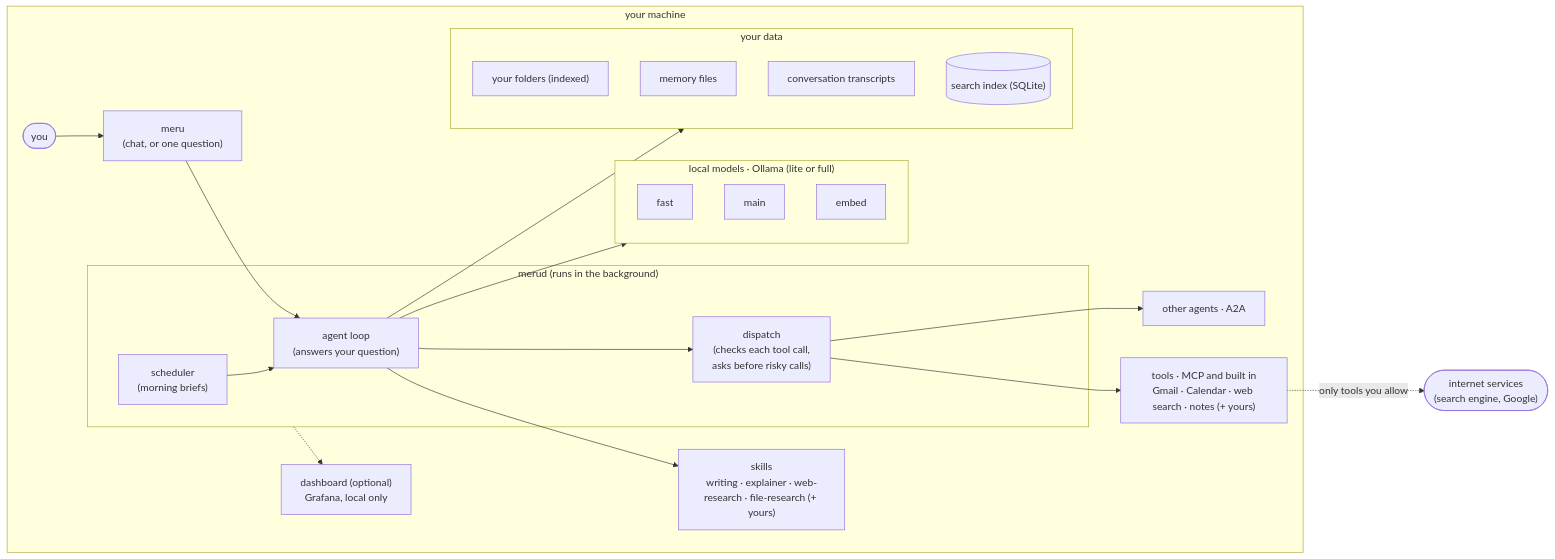
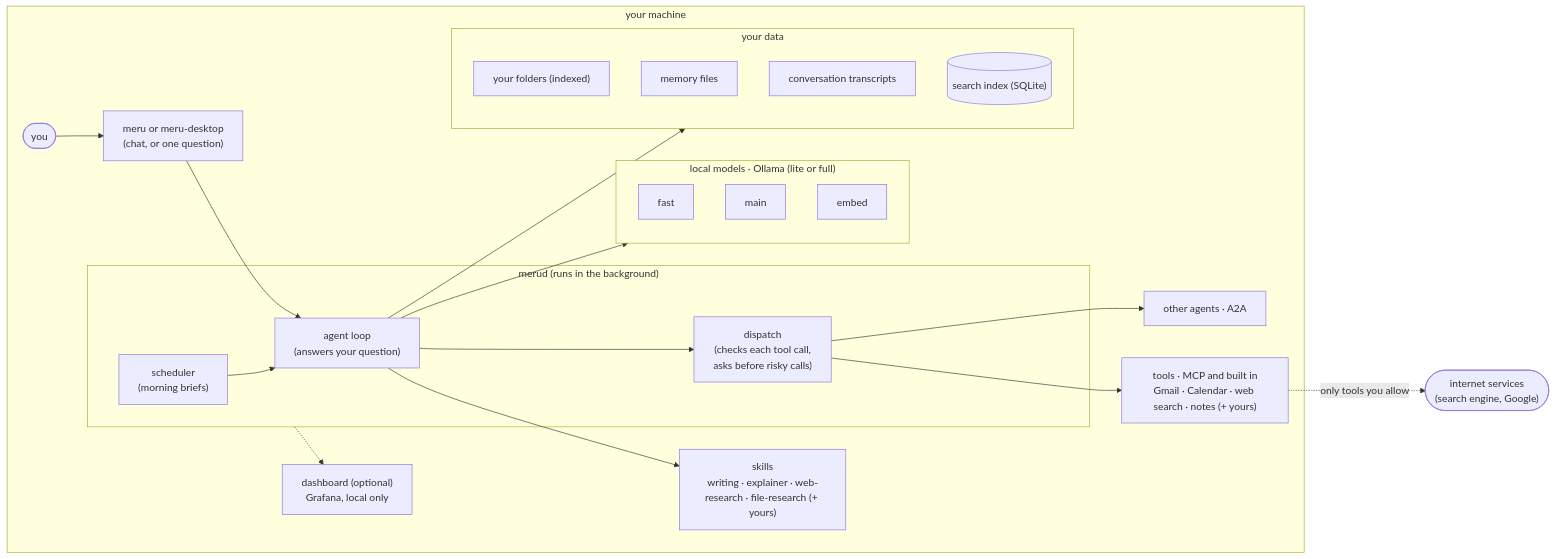
One commit to aarora79/meru changed the first of 2 diagrams in docs/architecture/100.md. Above: the diagram before and after it, drawn with Mermaid. The commit also changed other lines of this file and 6 other files, not shown here.

First line of the commit message:
Design the desktop app in the architecture docs

````diff
--- a/docs/architecture/100.md
+++ b/docs/architecture/100.md
@@ -17,34 +17,34 @@
 ```mermaid
 flowchart LR
     subgraph machine["your machine"]
-        YOU(["you"]) --> MERU["meru<br/>(chat, or one question)"]
+        YOU(["you"]) --> MERU["meru or meru-desktop<br/>(chat, or one question)"]
         subgraph merud["merud (runs in the background)"]
             SCHED["scheduler<br/>(morning briefs)"] --> LOOP["agent loop<br/>(answers your question)"]
             LOOP --> DISP["dispatch<br/>(checks each tool call,<br/>asks before risky calls)"]
         end
         MERU --> LOOP
         subgraph models["local models · Ollama (lite or full)"]
             FAST["fast"]
             MAIN["main"]
             EMBED["embed"]
         end
         subgraph data["your data"]
             FOLDERS["your folders (indexed)"]
             MEM["memory files"]
             TRANS["conversation transcripts"]
             INDEX[("search index (SQLite)")]
         end
         SKILLS["skills<br/>writing · explainer · web-research · file-research (+ yours)"]
         AGENTS["other agents · A2A"]
         TOOLS["tools · MCP and built in<br/>Gmail · Calendar · web search · notes (+ yours)"]
         OBS["dashboard (optional)<br/>Grafana, local only"]
         LOOP --> models
         LOOP --> data
         LOOP --> SKILLS
         DISP --> AGENTS
         DISP --> TOOLS
         merud -.-> OBS
     end
     NET(["internet services<br/>(search engine, Google)"])
     TOOLS -.->|only tools you allow| NET
 ```
````
